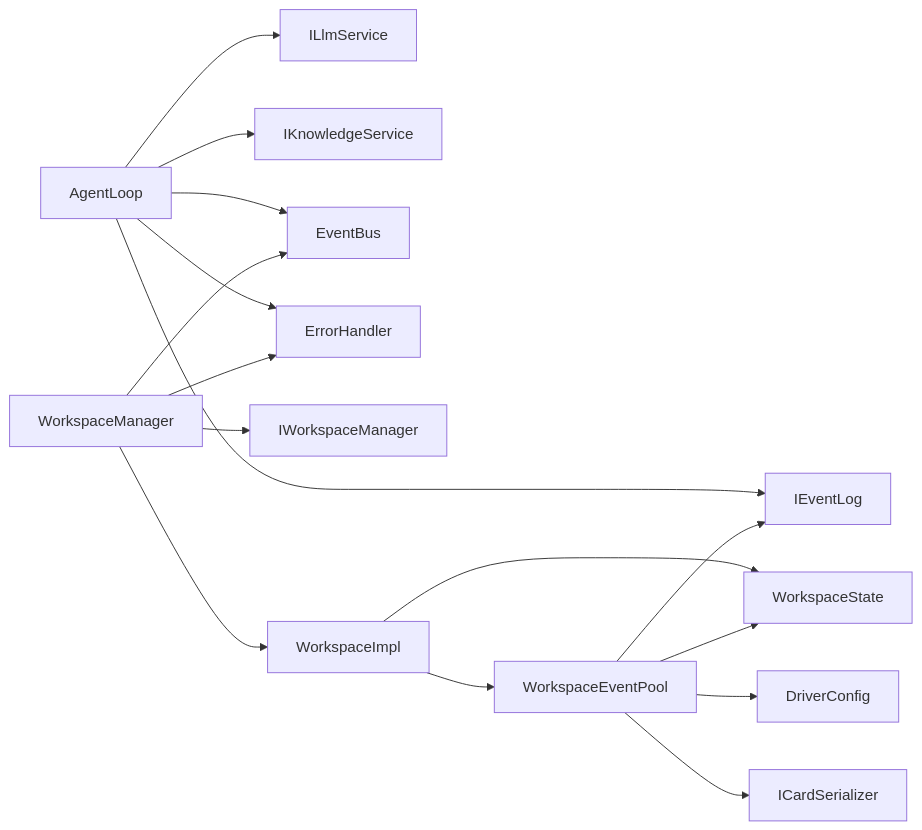
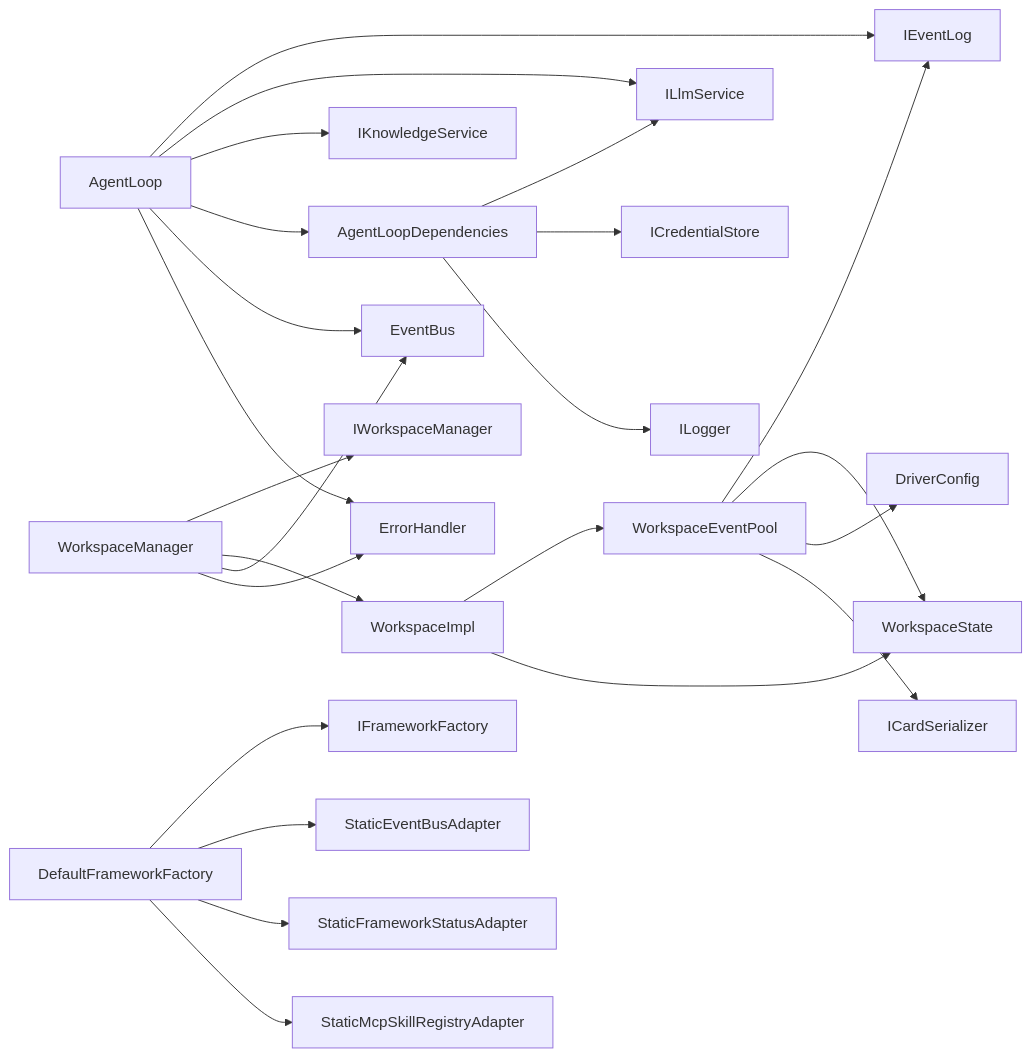
Before and after one commit to suzvka/NPCLife: the tenth of 10 diagrams in .qoder/repowiki/zh/content/架构设计/核心组件设计.md, drawn with Mermaid. The commit also changed other lines of this file and 28 other files, not shown here.

````diff
--- a/.qoder/repowiki/zh/content/架构设计/核心组件设计.md
+++ b/.qoder/repowiki/zh/content/架构设计/核心组件设计.md
@@ -475,18 +665,26 @@
 ```mermaid
 graph LR
 AL["AgentLoop"] --> IEL["IEventLog"]
 AL --> ILLMS["ILlmService"]
 AL --> IKS["IKnowledgeService"]
+AL --> ALD["AgentLoopDependencies"]
 AL --> EB["EventBus"]
 AL --> EH["ErrorHandler"]
 WSM["WorkspaceManager"] --> IWSM["IWorkspaceManager"]
 WSM --> WSI["WorkspaceImpl"]
 WSI --> WSE["WorkspaceEventPool"]
 WSI --> WSS["WorkspaceState"]
 WSM --> EB
 WSM --> EH
 WSE --> IEL
 WSE --> WSS
 WSE --> DC["DriverConfig"]
 WSE --> CS["ICardSerializer"]
+DFF["DefaultFrameworkFactory"] --> IFF["IFrameworkFactory"]
+DFF --> SEA["StaticEventBusAdapter"]
+DFF --> SFA["StaticFrameworkStatusAdapter"]
+DFF --> SMSA["StaticMcpSkillRegistryAdapter"]
+ALD --> ILLMS
+ALD --> ICS["ICredentialStore"]
+ALD --> IL["ILogger"]
 ```
````
